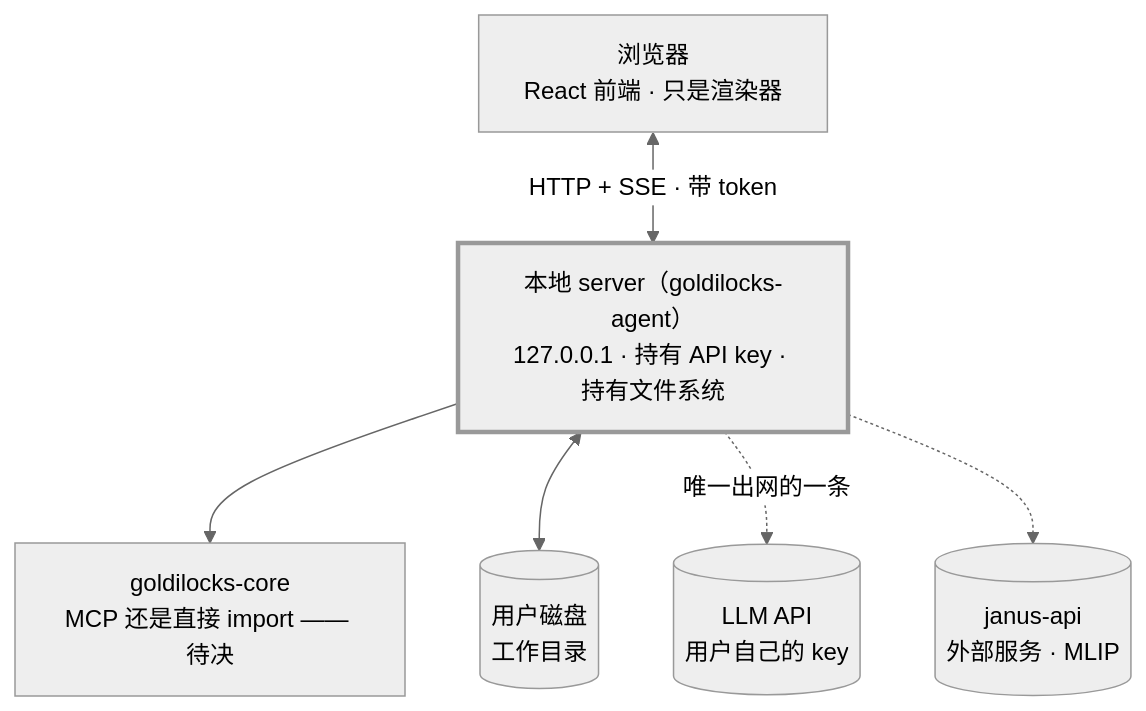
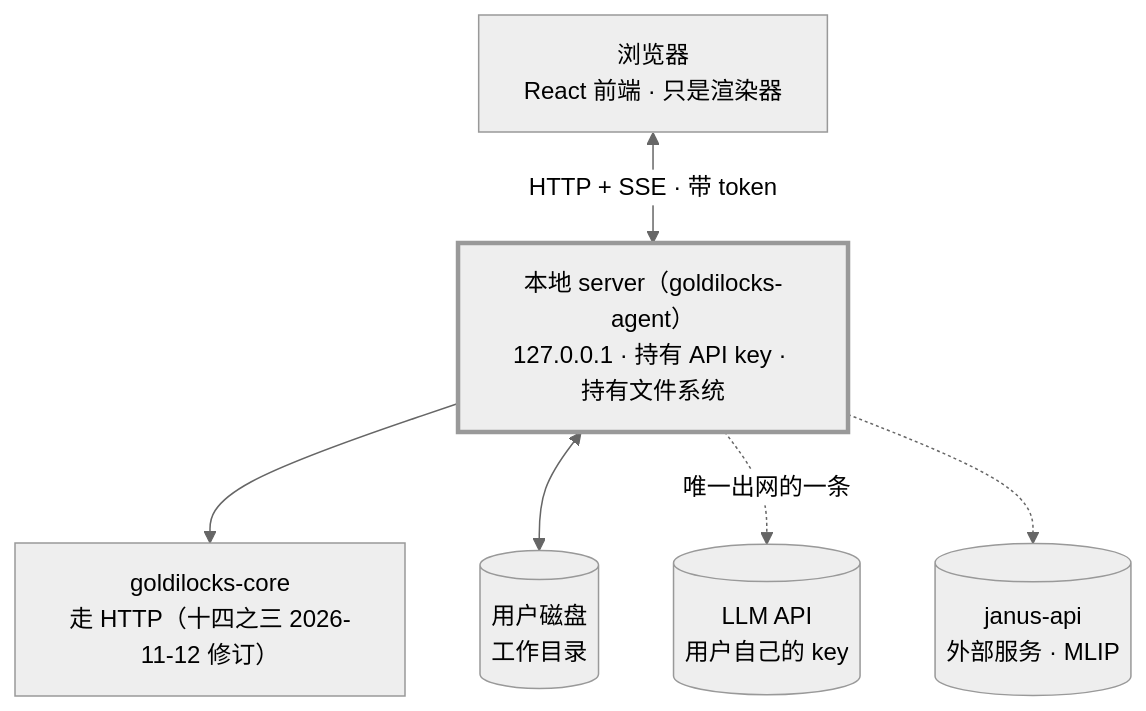
Before and after one commit to stfc/goldilocks-agent: the first of 3 diagrams in docs/goldilocks-agent-design.md, drawn with Mermaid (neutral theme). The commit also changed other lines of this file, not shown here.

````diff
--- a/docs/goldilocks-agent-design.md
+++ b/docs/goldilocks-agent-design.md
@@ -763,18 +838,18 @@
 ```mermaid
 flowchart TB
     BR["浏览器<br/>React 前端 · 只是渲染器"]
     SRV["本地 server（goldilocks-agent）<br/>127.0.0.1 · 持有 API key · 持有文件系统"]
-    CORE["goldilocks-core<br/>MCP 还是直接 import —— 待决"]
+    CORE["goldilocks-core<br/>走 HTTP（十四之三 2026-11-12 修订）"]
     DISK[("用户磁盘<br/>工作目录")]
     LLM[("LLM API<br/>用户自己的 key")]
     JANUS[("janus-api<br/>外部服务 · MLIP")]
 
     BR <-->|"HTTP + SSE · 带 token"| SRV
     SRV --> CORE
     SRV <--> DISK
     SRV -.->|"唯一出网的一条"| LLM
     SRV -.-> JANUS
 
     classDef hub stroke-width:3px
     class SRV hub
 ```
````
